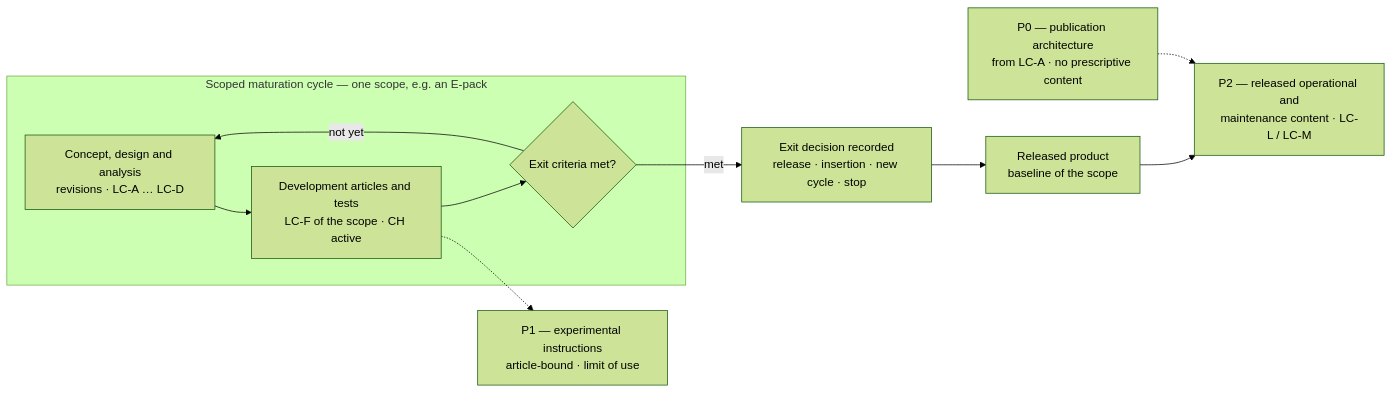
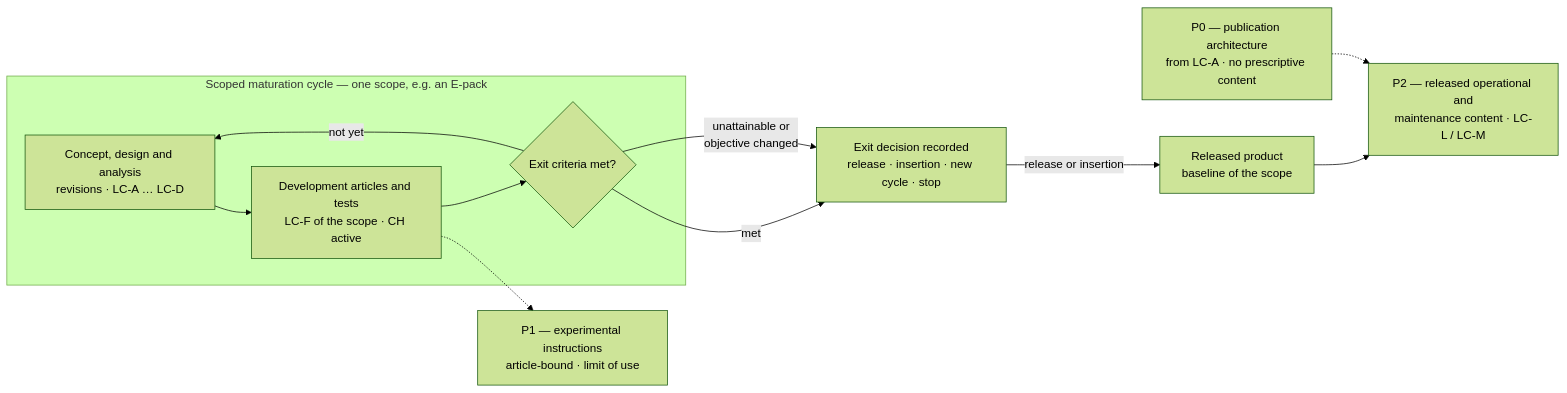
Before and after one commit to AmedeoPelliccia/Q-plus-A: the second of 2 diagrams in 02_LIFECYCLE_MODEL/README.md, drawn with Mermaid (forest theme). The commit also changed other lines of this file, not shown here.

Commit message:
docs(lifecycle): clarify exit paths and publication classes after review guide
Two clarifications prompted by the Sourcery reviewer's guide on PR #62:

- §13.1 diagram: the exit decision is now reachable from both "met" and
  "unattainable or objective changed", and only "release or insertion"
  leads to a released baseline - matching QPLUS-LC-MATCYCLE-001, whose
  four outcomes (release, insertion, new cycle, stop) the previous
  drawing reached only through "met"
- §2.4: the content classes are alternatives, not stages - a P0 shell
  becomes P1 or P2 directly at that class's gate; P1 instructions remain
  LC-F / LC-G deliverables and never turn into P2 content

Claude-Session: https://claude.ai/code/session_01V839V5a1UH17EefWSZe33i

````diff
--- a/02_LIFECYCLE_MODEL/README.md
+++ b/02_LIFECYCLE_MODEL/README.md
@@ -713,13 +715,14 @@
 ```mermaid
 flowchart LR
     subgraph MC["Scoped maturation cycle — one scope, e.g. an E-pack"]
         D["Concept, design and analysis<br/>revisions · LC-A … LC-D"] --> T["Development articles and tests<br/>LC-F of the scope · CH active"]
         T --> G{"Exit criteria met?"}
         G -->|"not yet"| D
     end
     G -->|"met"| X["Exit decision recorded<br/>release · insertion · new cycle · stop"]
-    X --> B["Released product<br/>baseline of the scope"]
+    G -->|"unattainable or<br/>objective changed"| X
+    X -->|"release or insertion"| B["Released product<br/>baseline of the scope"]
     B --> P2["P2 — released operational and<br/>maintenance content · LC-L / LC-M"]
     P0["P0 — publication architecture<br/>from LC-A · no prescriptive content"] -.-> P2
     T -.-> P1["P1 — experimental instructions<br/>article-bound · limit of use"]
 ```
````
